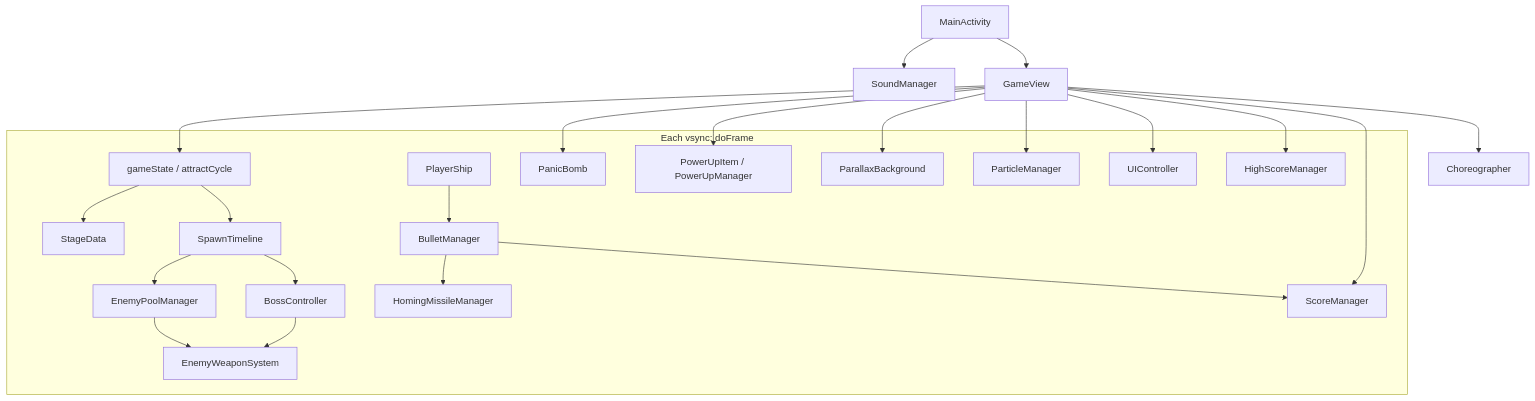
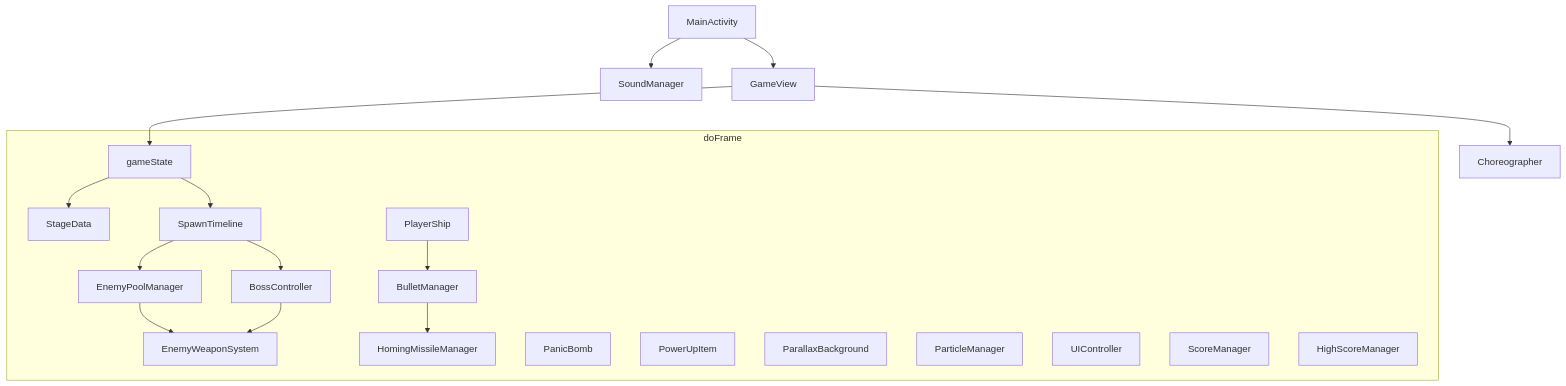
One commit to ccolteu/strikers changed the diagram in README.md. Above: the diagram before and after it, drawn with Mermaid. The commit also changed other lines of this file and 13 other files, not shown here.

````diff
--- a/README.md
+++ b/README.md
@@ -361,48 +64,37 @@
 ```mermaid
 flowchart TB
   MA[MainActivity]
   SM[SoundManager]
   GV[GameView]
   CH[Choreographer]
-
   MA --> SM
   MA --> GV
   GV --> CH
-
-  subgraph frame["Each vsync: doFrame"]
-    ST[gameState / attractCycle]
+  subgraph frame["doFrame"]
+    ST[gameState]
     SD[StageData]
     TL[SpawnTimeline]
     EN[EnemyPoolManager]
     EW[EnemyWeaponSystem]
     BS[BossController]
     PL[PlayerShip]
     BL[BulletManager]
     HM[HomingMissileManager]
     PB[PanicBomb]
-    PU[PowerUpItem / PowerUpManager]
+    PU[PowerUpItem]
     PA[ParallaxBackground]
     PT[ParticleManager]
     UI[UIController]
     SCR[ScoreManager]
     HS[HighScoreManager]
   end
-
   GV --> ST
   ST --> SD
   ST --> TL
   TL --> EN
   TL --> BS
   EN --> EW
   BS --> EW
   PL --> BL
   BL --> HM
-  BL --> SCR
-  GV --> PB
-  GV --> PU
-  GV --> PA
-  GV --> PT
-  GV --> UI
-  GV --> SCR
-  GV --> HS
 ```
````
